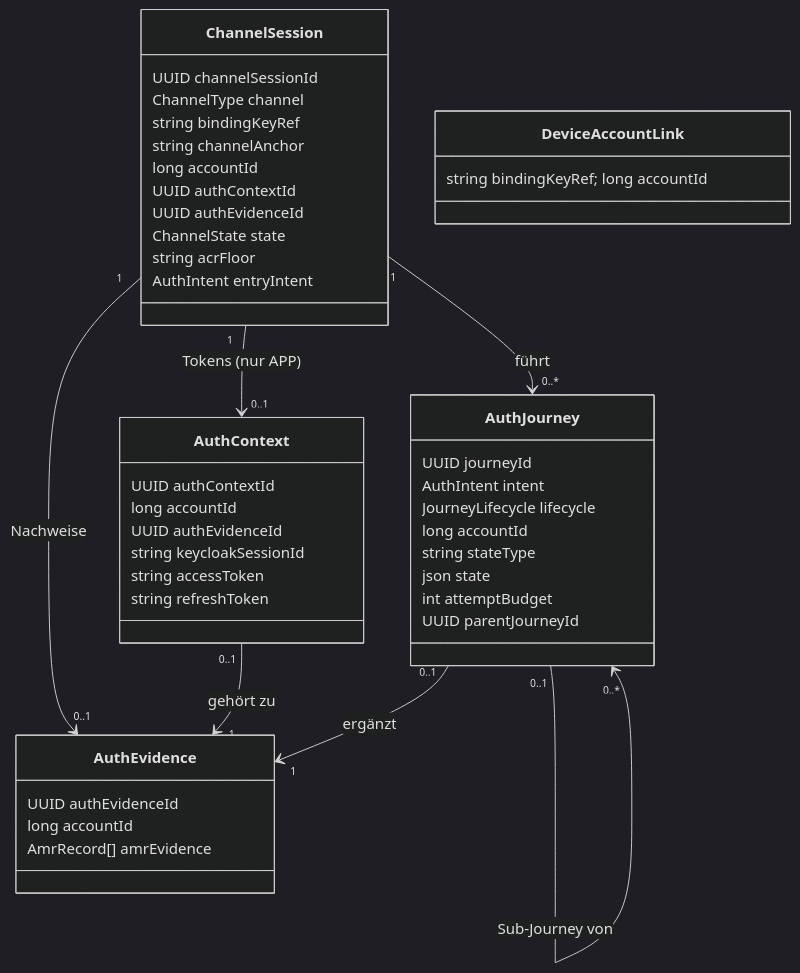
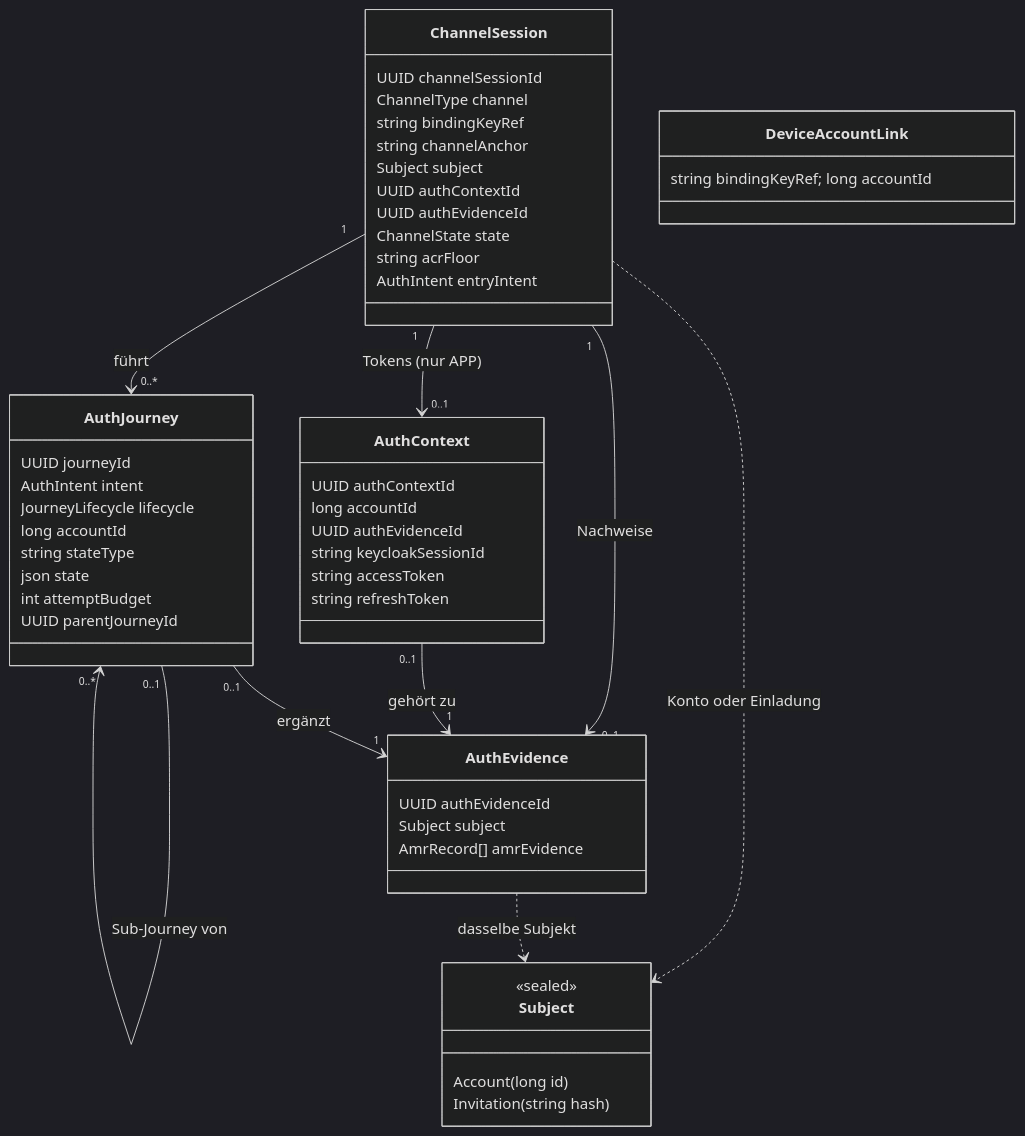
One commit to rpreissel/identity-demo changed the first of 5 diagrams in docs/02-domaenenmodell.md. Above: the diagram before and after it, drawn with Mermaid (dark theme). The commit also changed 10 other files, not shown here.

First line of the commit message:
Doku und Diagramme zum Vorgangszugang nachgezogen (DPoP-demo-uhj4)

````diff
--- a/docs/02-domaenenmodell.md
+++ b/docs/02-domaenenmodell.md
@@ -10,46 +10,53 @@
 ```mermaid
 classDiagram
   class ChannelSession {
     UUID channelSessionId
     ChannelType channel
     string bindingKeyRef
     string channelAnchor
-    long accountId
+    Subject subject
     UUID authContextId
     UUID authEvidenceId
     ChannelState state
     string acrFloor
     AuthIntent entryIntent
   }
   class AuthJourney {
     UUID journeyId
     AuthIntent intent
     JourneyLifecycle lifecycle
     long accountId
     string stateType
     json state
     int attemptBudget
     UUID parentJourneyId
   }
   class DeviceAccountLink { string bindingKeyRef; long accountId }
   class AuthEvidence {
     UUID authEvidenceId
-    long accountId
+    Subject subject
     AmrRecord[] amrEvidence
+  }
+  class Subject {
+    <<sealed>>
+    Account(long id)
+    Invitation(string hash)
   }
   class AuthContext {
     UUID authContextId
     long accountId
     UUID authEvidenceId
     string keycloakSessionId
     string accessToken
     string refreshToken
   }
 
   ChannelSession "1" --> "0..*" AuthJourney : führt
   AuthJourney "0..1" --> "0..*" AuthJourney : Sub-Journey von
   ChannelSession "1" --> "0..1" AuthEvidence : Nachweise
   ChannelSession "1" --> "0..1" AuthContext : Tokens (nur APP)
+  ChannelSession ..> Subject : Konto oder Einladung
+  AuthEvidence ..> Subject : dasselbe Subjekt
   AuthContext "0..1" --> "1" AuthEvidence : gehört zu
   AuthJourney "0..1" --> "1" AuthEvidence : ergänzt
 ```
````
